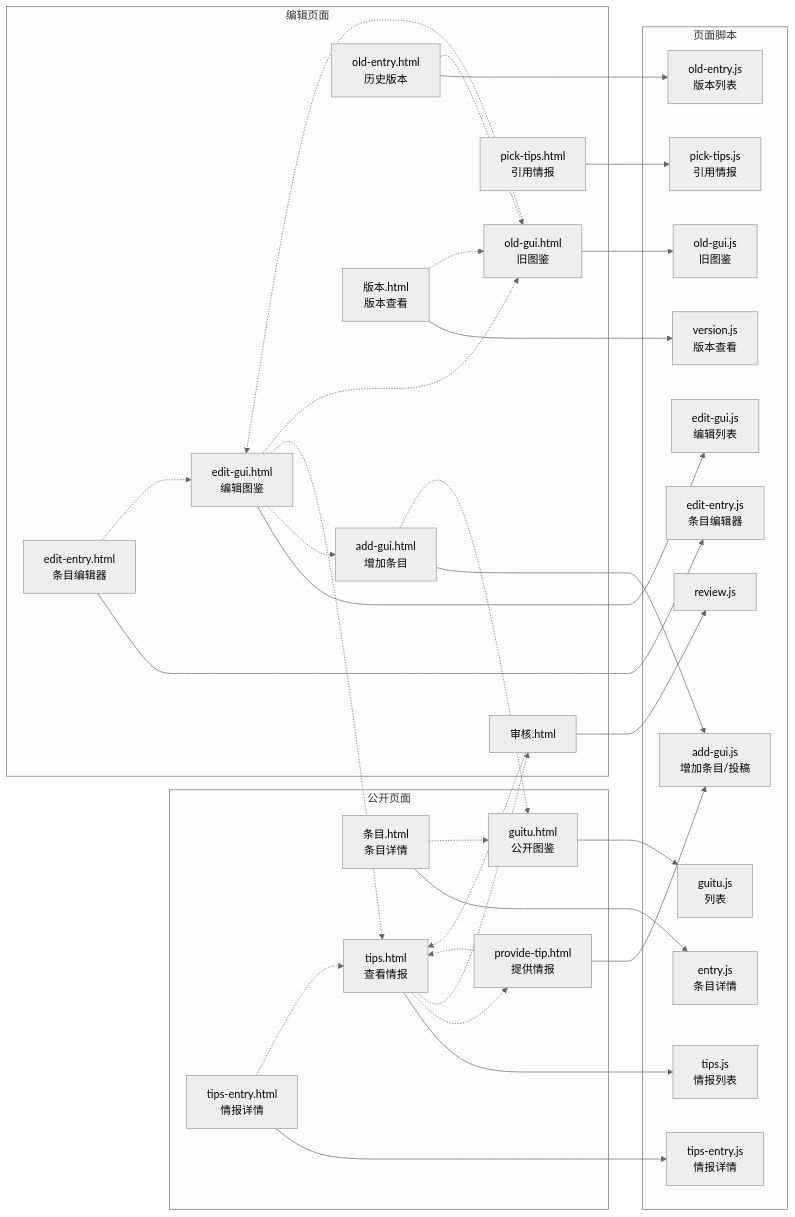
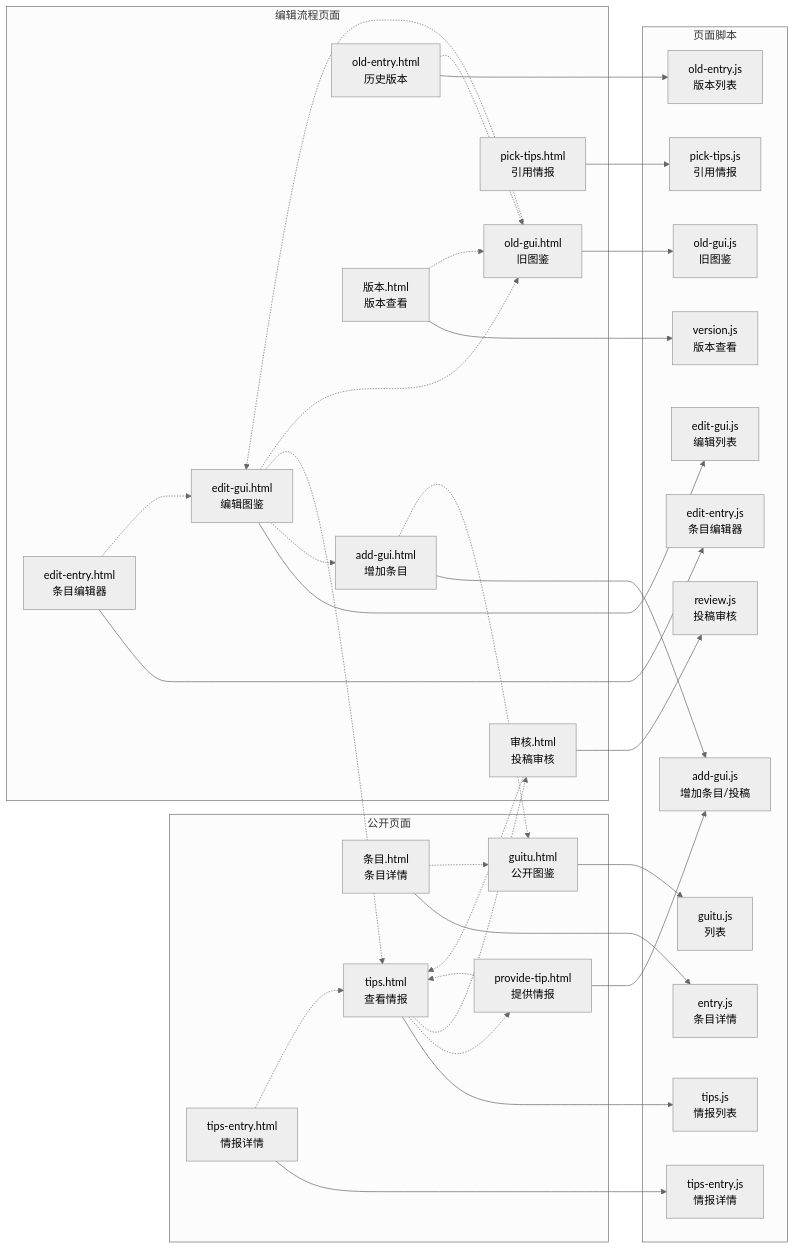
Before and after one commit to cangwu-protect-union/cangwu-protect-union.github.io: the first of 2 diagrams in guitu/架构.md, drawn with Mermaid (neutral theme). The commit also changed other lines of this file and 27 other files, not shown here.

````diff
--- a/guitu/架构.md
+++ b/guitu/架构.md
@@ -12,68 +15,68 @@
 ```mermaid
 flowchart LR
 
   subgraph pubLayer["公开页面"]
     P_guitu["guitu.html<br/>公开图鉴"]
     P_entry["条目.html<br/>条目详情"]
     P_tips["tips.html<br/>查看情报"]
     P_tips_entry["tips-entry.html<br/>情报详情"]
     P_provide_tip["provide-tip.html<br/>提供情报"]
   end
 
-  subgraph editLayer["编辑页面"]
+  subgraph editLayer["编辑流程页面"]
     P_add_gui["add-gui.html<br/>增加条目"]
     P_edit_entry["edit-entry.html<br/>条目编辑器"]
     P_edit_gui["edit-gui.html<br/>编辑图鉴"]
     P_old_entry["old-entry.html<br/>历史版本"]
     P_old_gui["old-gui.html<br/>旧图鉴"]
     P_pick_tips["pick-tips.html<br/>引用情报"]
-    P_["审核.html"]
+    P_review["审核.html<br/>投稿审核"]
     P_version["版本.html<br/>版本查看"]
   end
 
   subgraph scriptLayer["页面脚本"]
     S_add_gui["add-gui.js<br/>增加条目/投稿"]
     S_edit_entry["edit-entry.js<br/>条目编辑器"]
     S_edit_gui["edit-gui.js<br/>编辑列表"]
     S_entry["entry.js<br/>条目详情"]
     S_guitu["guitu.js<br/>列表"]
     S_old_entry["old-entry.js<br/>版本列表"]
     S_old_gui["old-gui.js<br/>旧图鉴"]
     S_pick_tips["pick-tips.js<br/>引用情报"]
-    S_review["review.js"]
+    S_review["review.js<br/>投稿审核"]
     S_tips_entry["tips-entry.js<br/>情报详情"]
     S_tips["tips.js<br/>情报列表"]
     S_version["version.js<br/>版本查看"]
   end
 
   %% 页面加载自己的脚本
+  P_guitu --> S_guitu
+  P_entry --> S_entry
+  P_tips --> S_tips
+  P_tips_entry --> S_tips_entry
+  P_provide_tip --> S_add_gui
   P_add_gui --> S_add_gui
   P_edit_entry --> S_edit_entry
   P_edit_gui --> S_edit_gui
-  P_guitu --> S_guitu
   P_old_entry --> S_old_entry
   P_old_gui --> S_old_gui
   P_pick_tips --> S_pick_tips
-  P_provide_tip --> S_add_gui
-  P_tips_entry --> S_tips_entry
-  P_tips --> S_tips
-  P_ --> S_review
-  P_entry --> S_entry
+  P_review --> S_review
   P_version --> S_version
 
   %% 页面之间的跳转
+  P_entry -.-> P_guitu
+  P_tips -.-> P_provide_tip
+  P_tips -.-> P_review
+  P_tips_entry -.-> P_tips
+  P_provide_tip -.-> P_tips
   P_add_gui -.-> P_guitu
   P_edit_entry -.-> P_edit_gui
   P_edit_gui -.-> P_add_gui
   P_edit_gui -.-> P_tips
   P_edit_gui -.-> P_old_gui
   P_old_entry -.-> P_old_gui
   P_old_gui -.-> P_edit_gui
-  P_provide_tip -.-> P_tips
-  P_tips_entry -.-> P_tips
-  P_tips -.-> P_provide_tip
-  P_tips -.-> P_
-  P_ -.-> P_tips
-  P_entry -.-> P_guitu
+  P_review -.-> P_tips
   P_version -.-> P_old_gui
 ```
````
